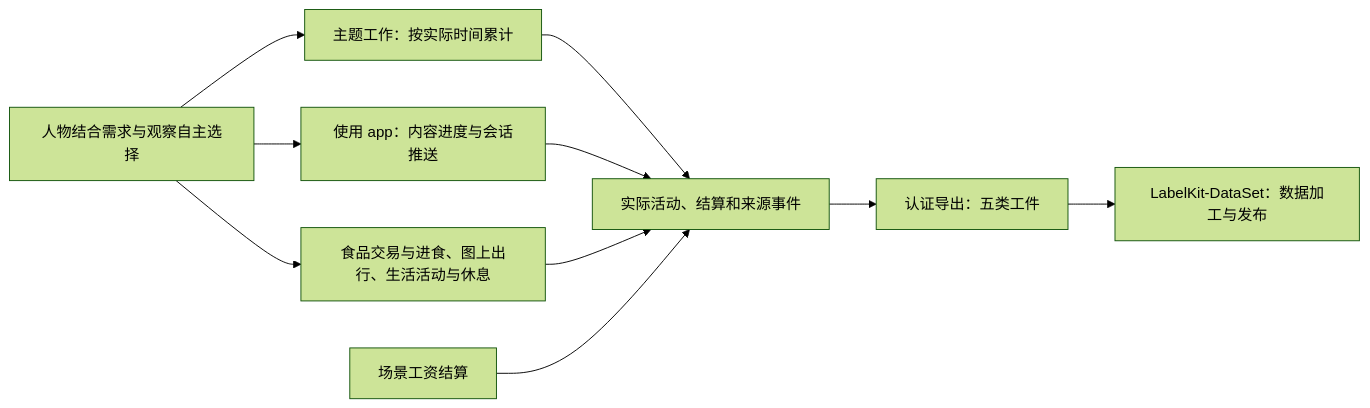
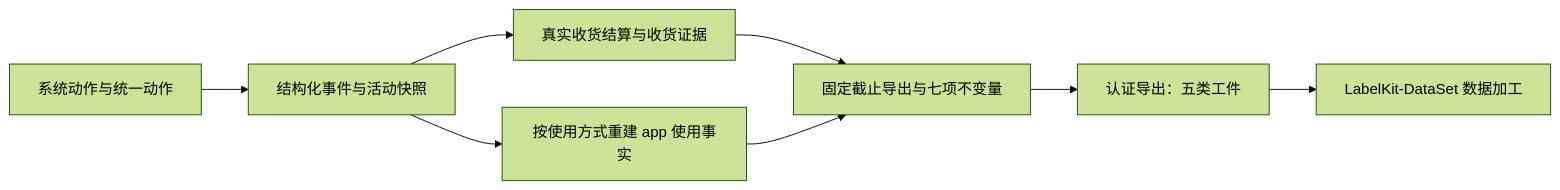
The third of 4 diagrams in docs/ARCHITECTURE.md (HoldThatThgt/WorldMock), drawn with Mermaid (forest theme) before and after one commit. The commit also changed other lines of this file and 90 other files, not shown here.

````diff
--- a/docs/ARCHITECTURE.md
+++ b/docs/ARCHITECTURE.md
@@ -225,12 +219,10 @@
 ```mermaid
 flowchart LR
-    PERSON[人物结合需求与观察自主选择] --> WORK[主题工作：按实际时间累计]
-    PERSON --> APP[使用 app：内容进度与会话推送]
-    PERSON --> LIFE[食品交易与进食、图上出行、生活活动与休息]
-    WORK --> EVENTS[实际活动、结算和来源事件]
-    APP --> EVENTS
-    LIFE --> EVENTS
-    WAGES[场景工资结算] --> EVENTS
-    EVENTS --> EXPORT[认证导出：五类工件]
-    EXPORT --> DATA[LabelKit-DataSet：数据加工与发布]
+    A[系统动作与统一动作] --> E[结构化事件与活动快照]
+    E --> R[真实收货结算与收货证据]
+    E --> U[按使用方式重建 app 使用事实]
+    R --> X[固定截止导出与七项不变量]
+    U --> X
+    X --> F[认证导出：五类工件]
+    F --> L[LabelKit-DataSet 数据加工]
 ```
````
